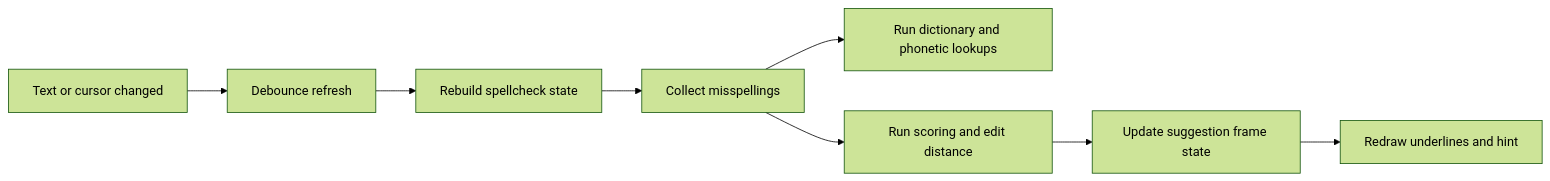
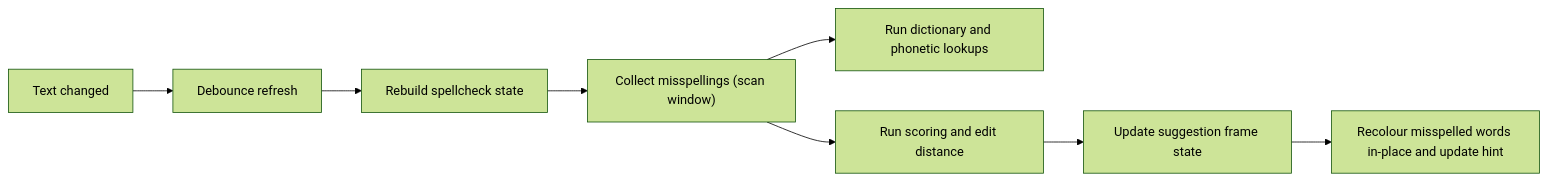
One commit to TenaarFeiri/WoW-Yapper changed the fourth of 5 diagrams in Documentation/Architecture.md. Above: the diagram before and after it, drawn with Mermaid (forest theme). The commit also changed other lines of this file and 40 other files, not shown here.

````diff
--- a/Documentation/Architecture.md
+++ b/Documentation/Architecture.md
@@ -198,10 +198,10 @@
 ```mermaid
 flowchart LR
-    T["Text or cursor changed"] --> D["Debounce refresh"]
+    T["Text changed"] --> D["Debounce refresh"]
     D --> R["Rebuild spellcheck state"]
-    R --> C["Collect misspellings"]
+    R --> C["Collect misspellings (scan window)"]
     C --> DL["Run dictionary and phonetic lookups"]
     C --> EN["Run scoring and edit distance"]
     EN --> S["Update suggestion frame state"]
-    S --> U["Redraw underlines and hint"]
+    S --> U["Recolour misspelled words in-place and update hint"]
 ```
````
